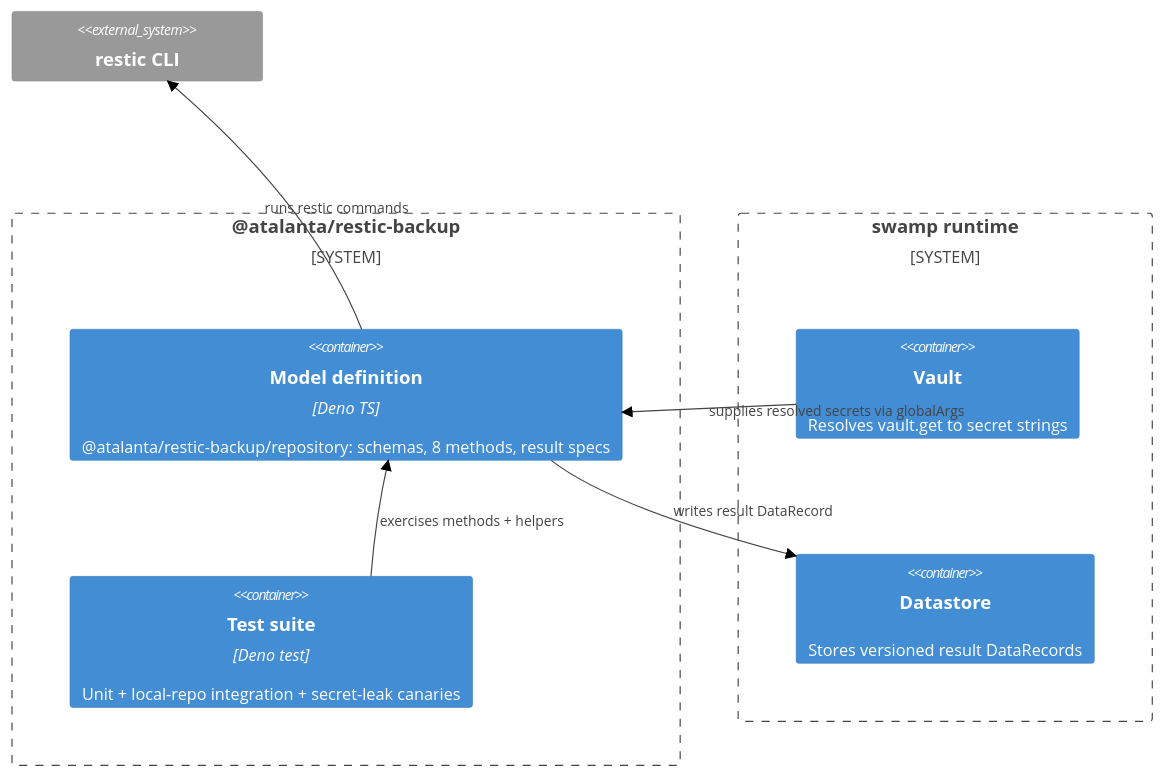
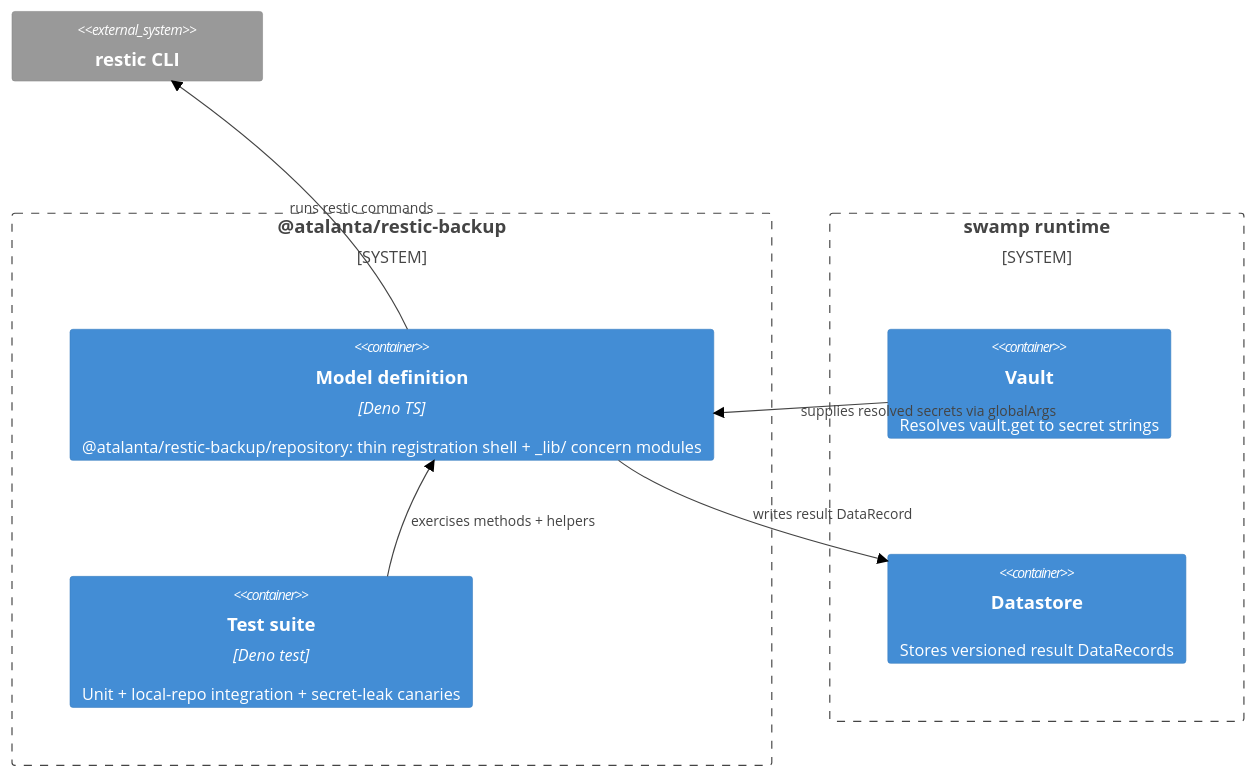
Before and after one commit to Atalanta/swamp-restic-backup: the second of 3 diagrams in docs/architecture.md, drawn with Mermaid (neutral theme). The commit also changed other lines of this file and 11 other files, not shown here.

````diff
--- a/docs/architecture.md
+++ b/docs/architecture.md
@@ -28,17 +28,17 @@
 ```mermaid
 C4Container
     System_Boundary(ext, "@atalanta/restic-backup") {
-        Container(model, "Model definition", "Deno TS", "@atalanta/restic-backup/repository: schemas, 8 methods, result specs")
+        Container(model, "Model definition", "Deno TS", "@atalanta/restic-backup/repository: thin registration shell + _lib/ concern modules")
         Container(tests, "Test suite", "Deno test", "Unit + local-repo integration + secret-leak canaries")
     }
     System_Boundary(swamp, "swamp runtime") {
         Container(vault, "Vault", "", "Resolves vault.get to secret strings")
         Container(datastore, "Datastore", "", "Stores versioned result DataRecords")
     }
     System_Ext(restic, "restic CLI", "")
 
     Rel(vault, model, "supplies resolved secrets via globalArgs")
     Rel(model, restic, "runs restic commands")
     Rel(model, datastore, "writes result DataRecord")
     Rel(tests, model, "exercises methods + helpers")
 ```
````
